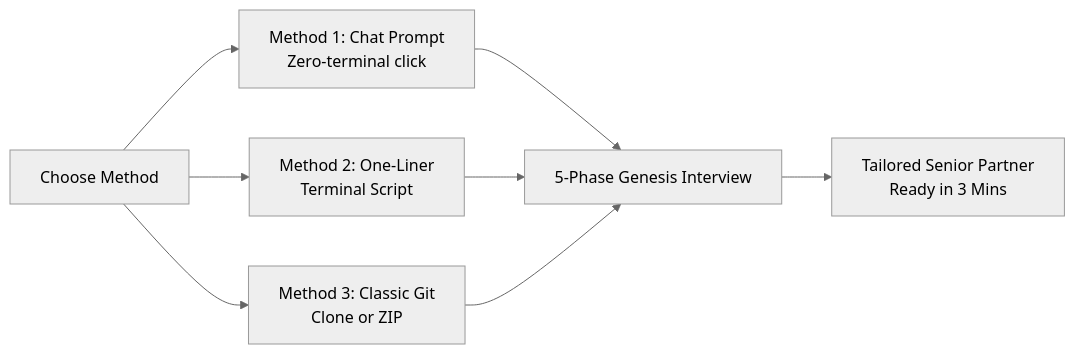
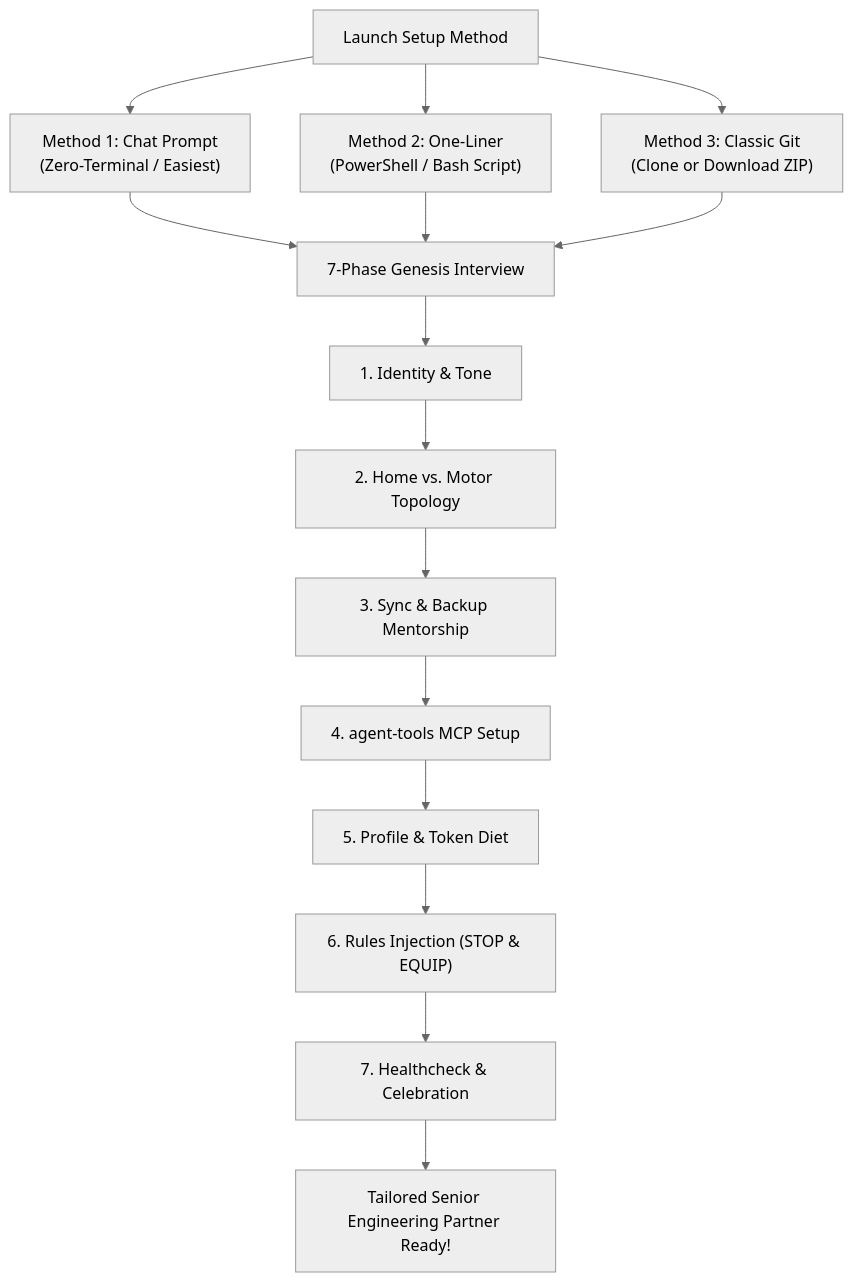
One commit to xvacorx/agent-genesis-kit changed the second of 2 diagrams in README.md. Above: the diagram before and after it, drawn with Mermaid (neutral theme). The commit also changed other lines of this file and 5 other files, not shown here.

````diff
--- a/README.md
+++ b/README.md
@@ -51,10 +125,20 @@
 ```mermaid
-flowchart LR
-    A[Choose Method] --> B[Method 1: Chat Prompt<br>Zero-terminal click]
-    A --> C[Method 2: One-Liner<br>Terminal Script]
-    A --> D[Method 3: Classic Git<br>Clone or ZIP]
-    B --> E[5-Phase Genesis Interview]
-    C --> E
-    D --> E
-    E --> F[Tailored Senior Partner<br>Ready in 3 Mins]
+flowchart TD
+    Start["Launch Setup Method"] --> M1["Method 1: Chat Prompt<br/>(Zero-Terminal / Easiest)"]
+    Start --> M2["Method 2: One-Liner<br/>(PowerShell / Bash Script)"]
+    Start --> M3["Method 3: Classic Git<br/>(Clone or Download ZIP)"]
+
+    M1 --> Wiz["7-Phase Genesis Interview"]
+    M2 --> Wiz
+    M3 --> Wiz
+
+    Wiz --> P1["1. Identity & Tone"]
+    P1 --> P2["2. Home vs. Motor Topology"]
+    P2 --> P3["3. Sync & Backup Mentorship"]
+    P3 --> P4["4. agent-tools MCP Setup"]
+    P4 --> P5["5. Profile & Token Diet"]
+    P5 --> P6["6. Rules Injection (STOP & EQUIP)"]
+    P6 --> P7["7. Healthcheck & Celebration"]
+
+    P7 --> Finish["Tailored Senior Engineering Partner Ready!"]
 ```
````
